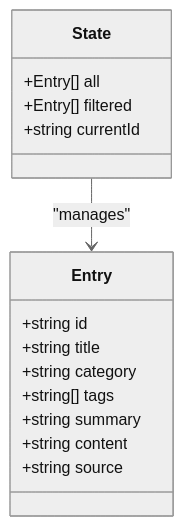
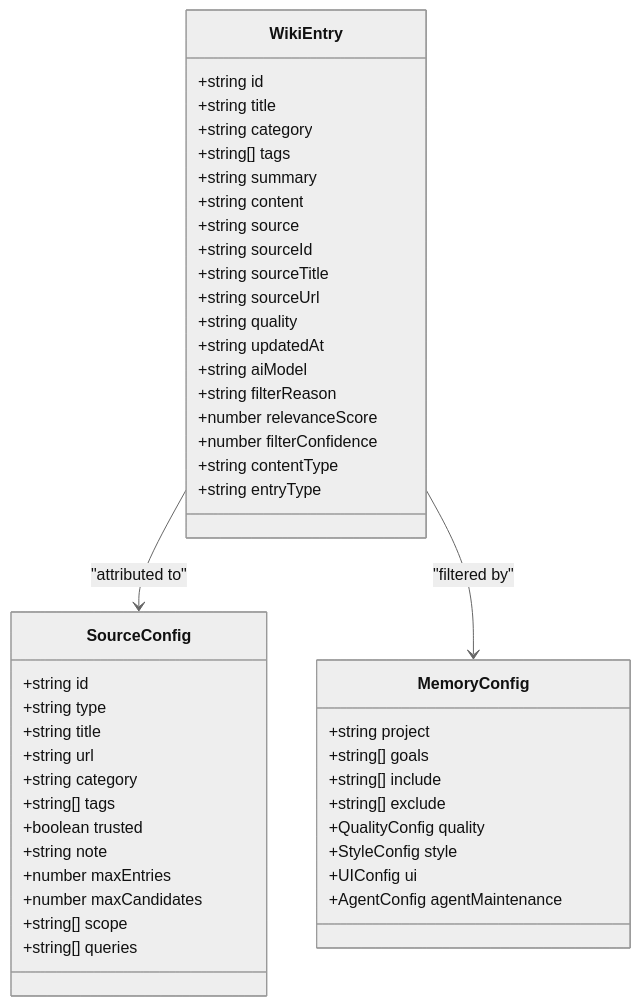
Before and after one commit to treasureGrove/TAWEBTOOL: the fourth of 5 diagrams in .qoder/repowiki/en/content/Knowledge Base System/Knowledge Base System.md, drawn with Mermaid (neutral theme). The commit also changed other lines of this file and 101 other files, not shown here.

````diff
--- a/.qoder/repowiki/en/content/Knowledge Base System/Knowledge Base System.md
+++ b/.qoder/repowiki/en/content/Knowledge Base System/Knowledge Base System.md
@@ -200,18 +179,49 @@
 ```mermaid
 classDiagram
-class Entry {
+class WikiEntry {
 +string id
 +string title
 +string category
 +string[] tags
 +string summary
 +string content
 +string source
++string sourceId
++string sourceTitle
++string sourceUrl
++string quality
++string updatedAt
++string aiModel
++string filterReason
++number relevanceScore
++number filterConfidence
++string contentType
++string entryType
 }
-class State {
-+Entry[] all
-+Entry[] filtered
-+string currentId
+class SourceConfig {
++string id
++string type
++string title
++string url
++string category
++string[] tags
++boolean trusted
++string note
++number maxEntries
++number maxCandidates
++string[] scope
++string[] queries
 }
-State --> Entry : "manages"
+class MemoryConfig {
++string project
++string[] goals
++string[] include
++string[] exclude
++QualityConfig quality
++StyleConfig style
++UIConfig ui
++AgentConfig agentMaintenance
+}
+WikiEntry --> SourceConfig : "attributed to"
+WikiEntry --> MemoryConfig : "filtered by"
 ```
````
